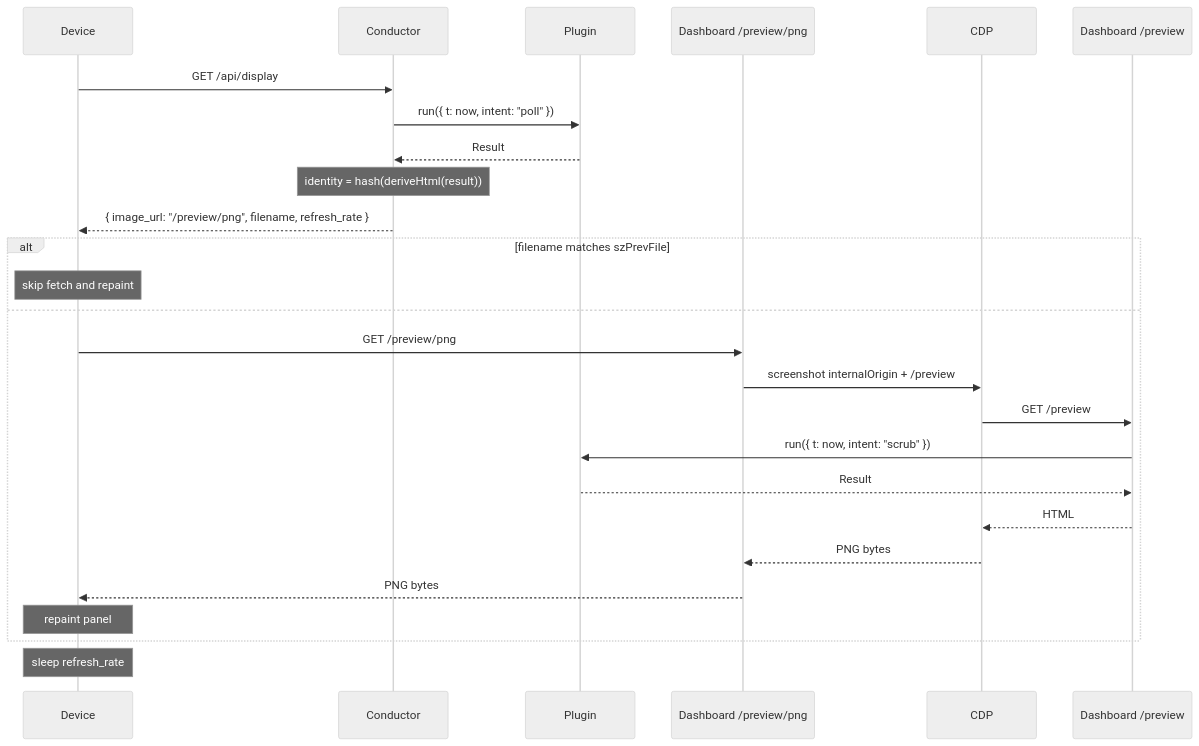
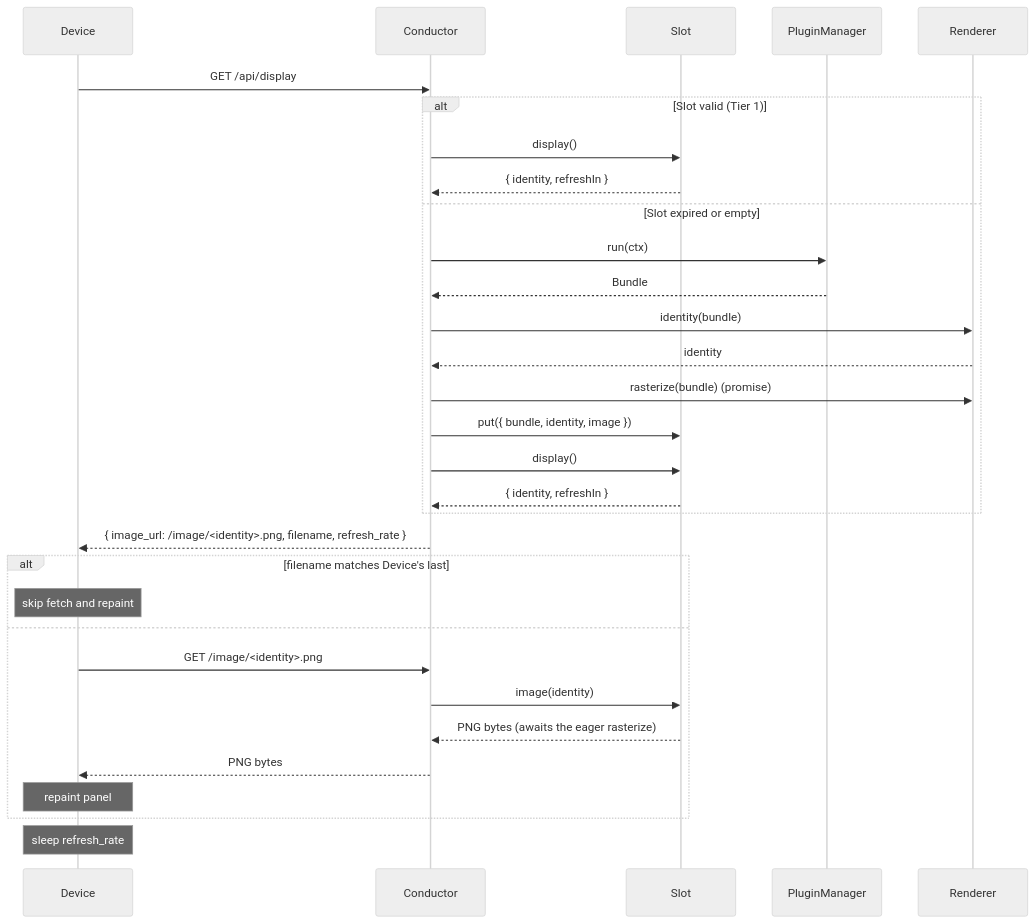
Before and after one commit to hertzg/trmnl_byos_deno: the diagram in CONTEXT.md, drawn with Mermaid (neutral theme). The commit also changed other lines of this file and 6 other files, not shown here.

Commit message:
docs: rewrite CONTEXT + ADRs for Bundle/Renderer/Slot pipeline (#46)

````diff
--- a/CONTEXT.md
+++ b/CONTEXT.md
@@ -80,31 +120,38 @@
 ```mermaid
 sequenceDiagram
     participant Device
     participant Conductor
-    participant Plugin
-    participant Dashboard as Dashboard /preview/png
-    participant CDP
-    participant Preview as Dashboard /preview
+    participant Slot
+    participant PluginManager
+    participant Renderer
 
     Device->>Conductor: GET /api/display
-    Conductor->>Plugin: run({ t: now, intent: "poll" })
-    Plugin-->>Conductor: Result
-    Note over Conductor: identity = hash(deriveHtml(result))
-    Conductor-->>Device: { image_url: "/preview/png", filename, refresh_rate }
 
-    alt filename matches szPrevFile
+    alt Slot valid (Tier 1)
+        Conductor->>Slot: display()
+        Slot-->>Conductor: { identity, refreshIn }
+    else Slot expired or empty
+        Conductor->>PluginManager: run(ctx)
+        PluginManager-->>Conductor: Bundle
+        Conductor->>Renderer: identity(bundle)
+        Renderer-->>Conductor: identity
+        Conductor->>Renderer: rasterize(bundle) (promise)
+        Conductor->>Slot: put({ bundle, identity, image })
+        Conductor->>Slot: display()
+        Slot-->>Conductor: { identity, refreshIn }
+    end
+
+    Conductor-->>Device: { image_url: /image/<identity>.png, filename, refresh_rate }
+
+    alt filename matches Device's last
         Note over Device: skip fetch and repaint
     else
-        Device->>Dashboard: GET /preview/png
-        Dashboard->>CDP: screenshot internalOrigin + /preview
-        CDP->>Preview: GET /preview
-        Preview->>Plugin: run({ t: now, intent: "scrub" })
-        Plugin-->>Preview: Result
-        Preview-->>CDP: HTML
-        CDP-->>Dashboard: PNG bytes
-        Dashboard-->>Device: PNG bytes
+        Device->>Conductor: GET /image/<identity>.png
+        Conductor->>Slot: image(identity)
+        Slot-->>Conductor: PNG bytes (awaits the eager rasterize)
+        Conductor-->>Device: PNG bytes
         Note over Device: repaint panel
     end
 
     Note over Device: sleep refresh_rate
 ```
````
